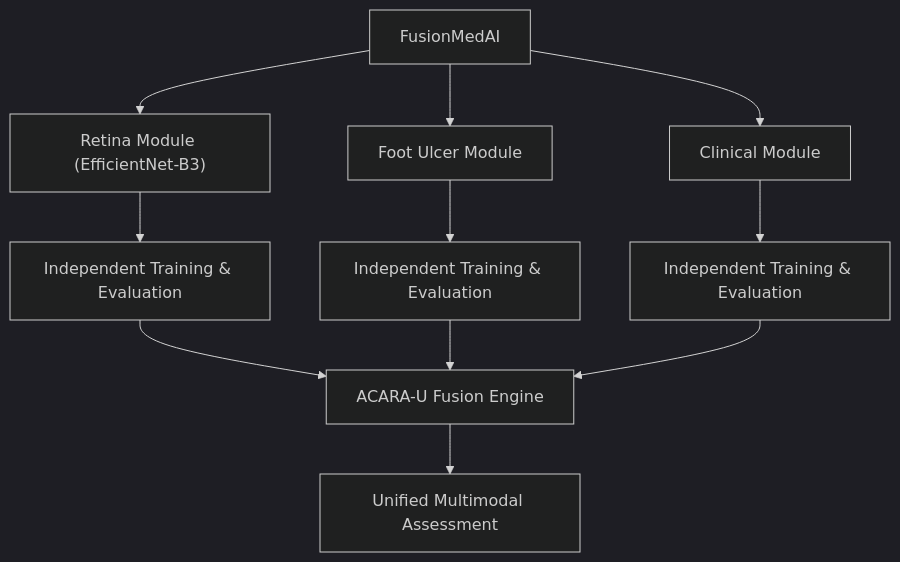
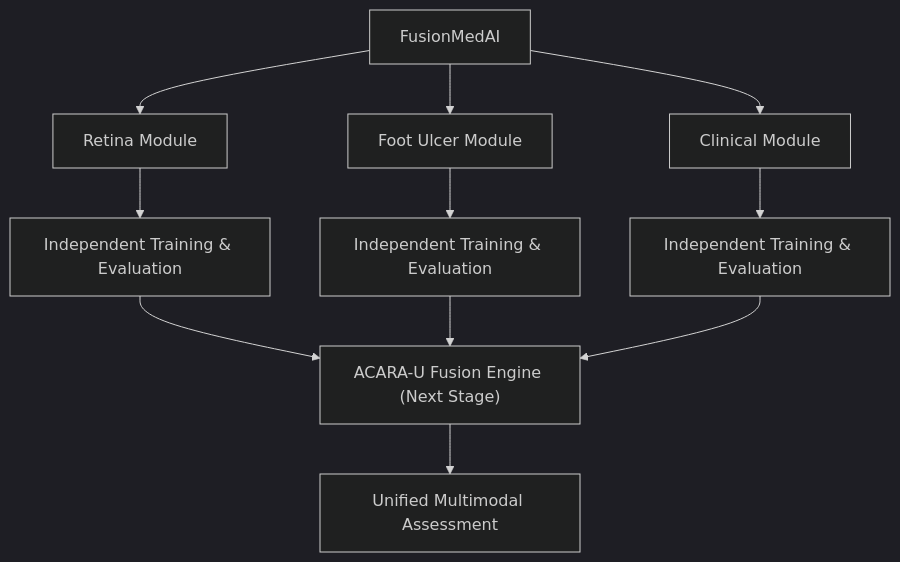
One commit to Dr-Venom29/FusionMedAI changed the first of 4 diagrams in docs/architecture.md. Above: the diagram before and after it, drawn with Mermaid (dark theme). The commit also changed other lines of this file and 19 other files, not shown here.

````diff
--- a/docs/architecture.md
+++ b/docs/architecture.md
@@ -13,13 +13,18 @@
 ```mermaid
 flowchart TD
-    FMAI[FusionMedAI] --> Retina["Retina Module (EfficientNet-B3)"]
-    FMAI --> Foot[Foot Ulcer Module]
-    FMAI --> Clinical[Clinical Module]
-    
-    Retina --> R_Eval[Independent Training & Evaluation]
-    Foot --> F_Eval[Independent Training & Evaluation]
-    Clinical --> C_Eval[Independent Training & Evaluation]
-    
-    R_Eval & F_Eval & C_Eval --> Engine[ACARA-U Fusion Engine]
-    Engine --> Assessment[Unified Multimodal Assessment]
+    FMAI[FusionMedAI]
+
+    FMAI --> Retina["Retina Module"]
+    FMAI --> Foot["Foot Ulcer Module"]
+    FMAI --> Clinical["Clinical Module"]
+
+    Retina --> R_Eval["Independent Training & Evaluation"]
+    Foot --> F_Eval["Independent Training & Evaluation"]
+    Clinical --> C_Eval["Independent Training & Evaluation"]
+
+    R_Eval --> Engine["ACARA-U Fusion Engine (Next Stage)"]
+    F_Eval --> Engine
+    C_Eval --> Engine
+
+    Engine --> Assessment["Unified Multimodal Assessment"]
 ```
````
